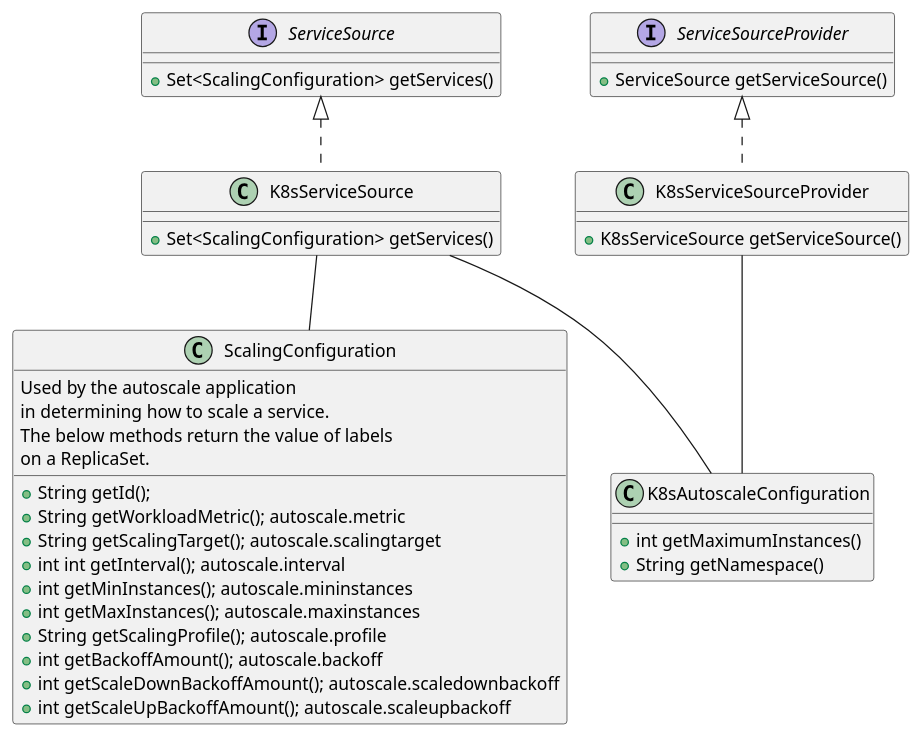
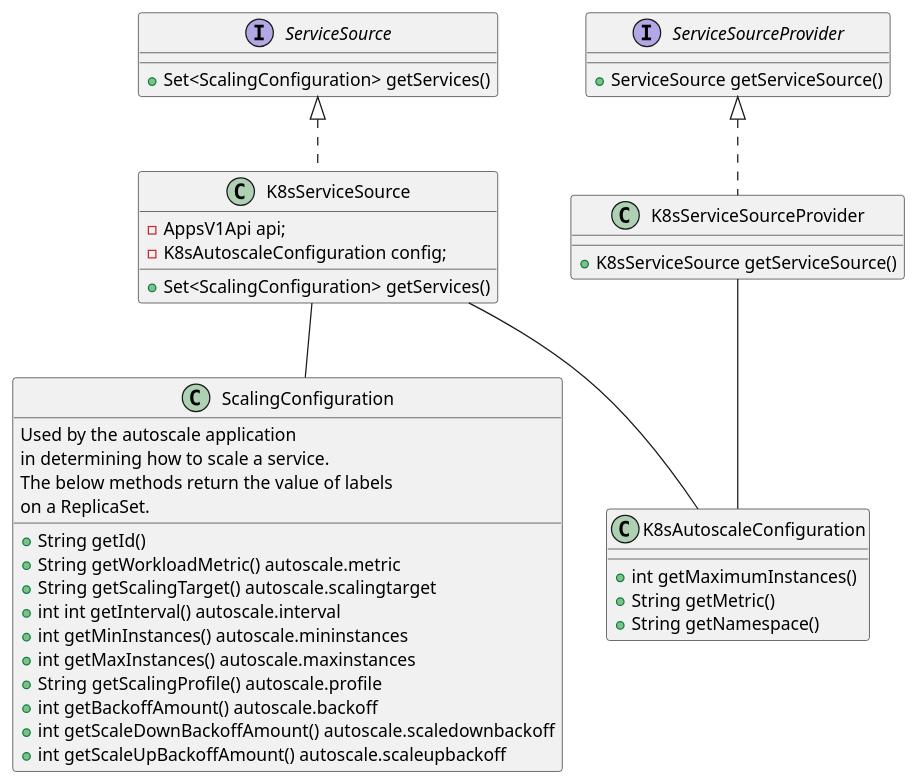
Before and after one commit to Autoscaler/autoscaler: the diagram in autoscale-source-kubernetes/diagrams/Source.puml, drawn with PlantUML. The commit also changed 10 other files, not shown here.

```diff
--- a/autoscale-source-kubernetes/diagrams/Source.puml
+++ b/autoscale-source-kubernetes/diagrams/Source.puml
@@ -1,46 +1,49 @@
 @startuml
 
 interface ServiceSource {
     + Set<ScalingConfiguration> getServices()
 }
 
 interface ServiceSourceProvider {
      + ServiceSource getServiceSource()
 }
 
 class K8sServiceSourceProvider {
     + K8sServiceSource getServiceSource()
 }
 class K8sServiceSource {
+    - AppsV1Api api;
+    - K8sAutoscaleConfiguration config;
     +  Set<ScalingConfiguration> getServices()
 }
 
 class ScalingConfiguration {
     Used by the autoscale application
     in determining how to scale a service.
     The below methods return the value of labels
     on a ReplicaSet.
-    + String getId();
-    + String getWorkloadMetric(); autoscale.metric
-    + String getScalingTarget(); autoscale.scalingtarget
-    + int int getInterval(); autoscale.interval
-    + int getMinInstances(); autoscale.mininstances
-    + int getMaxInstances(); autoscale.maxinstances  
-    + String getScalingProfile(); autoscale.profile
-    + int getBackoffAmount(); autoscale.backoff
-    + int getScaleDownBackoffAmount(); autoscale.scaledownbackoff
-    + int getScaleUpBackoffAmount(); autoscale.scaleupbackoff
+    + String getId()
+    + String getWorkloadMetric() autoscale.metric
+    + String getScalingTarget() autoscale.scalingtarget
+    + int int getInterval() autoscale.interval
+    + int getMinInstances() autoscale.mininstances
+    + int getMaxInstances() autoscale.maxinstances  
+    + String getScalingProfile() autoscale.profile
+    + int getBackoffAmount() autoscale.backoff
+    + int getScaleDownBackoffAmount() autoscale.scaledownbackoff
+    + int getScaleUpBackoffAmount() autoscale.scaleupbackoff
 }
 
 class K8sAutoscaleConfiguration {
  + int getMaximumInstances()
+  + String getMetric()
  + String getNamespace()
 }
 
 K8sServiceSource -- ScalingConfiguration
 K8sServiceSource -- K8sAutoscaleConfiguration
 K8sServiceSourceProvider -- K8sAutoscaleConfiguration
 ServiceSource <|.. K8sServiceSource
 ServiceSourceProvider <|.. K8sServiceSourceProvider
 
 @enduml
```
